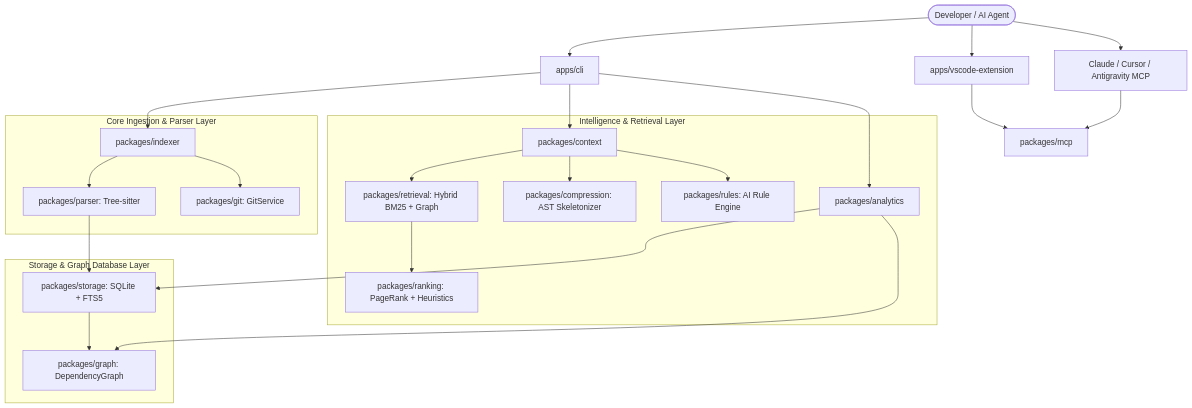
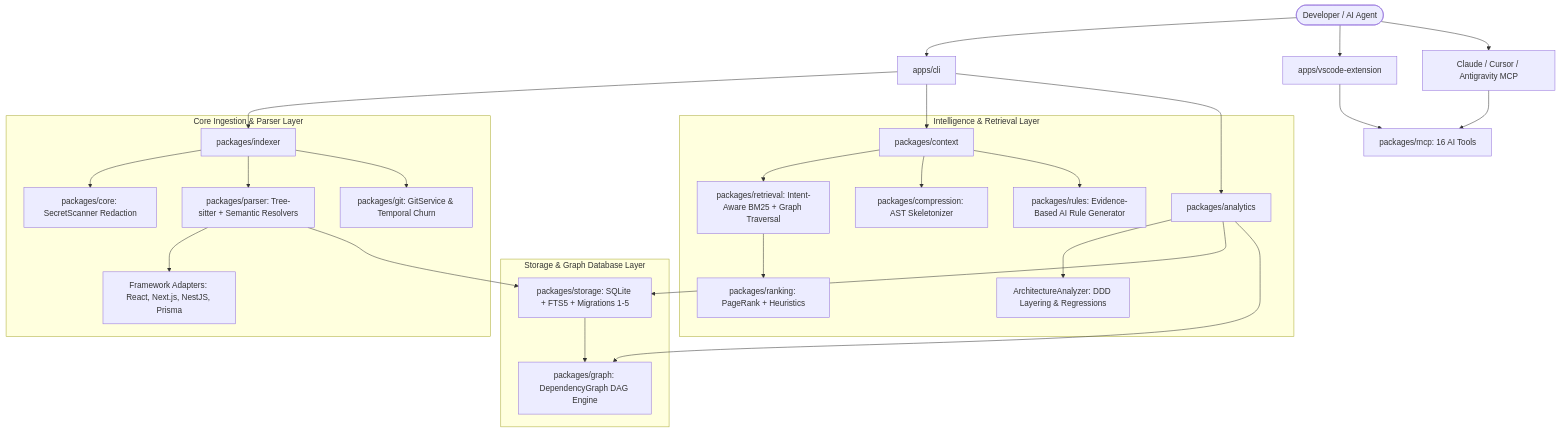
The diagram in ARCHITECTURE.md (shditz/codeatlas), drawn with Mermaid before and after one commit. The commit also changed other lines of this file and 95 other files, not shown here.

Commit message:
chore(release): v1.0.0 - Production Release, 16 MCP Tools, Framework Adapters, Security Redaction, and VS Code Extension

````diff
--- a/ARCHITECTURE.md
+++ b/ARCHITECTURE.md
@@ -13,31 +13,34 @@
 ```mermaid
 graph TD
     User([Developer / AI Agent]) --> CLI[apps/cli]
     User --> VSCode[apps/vscode-extension]
     User --> MCPClient[Claude / Cursor / Antigravity MCP]
 
-    MCPClient --> MCPServer[packages/mcp]
+    MCPClient --> MCPServer[packages/mcp: 16 AI Tools]
     CLI --> IndexerEngine[packages/indexer]
     CLI --> ContextEnginePkg[packages/context]
     CLI --> AnalyticsEngine[packages/analytics]
     VSCode --> MCPServer
 
     subgraph "Core Ingestion & Parser Layer"
-        IndexerEngine --> Parser[packages/parser: Tree-sitter]
-        IndexerEngine --> Git[packages/git: GitService]
+        IndexerEngine --> SecretScanner[packages/core: SecretScanner Redaction]
+        IndexerEngine --> Parser[packages/parser: Tree-sitter + Semantic Resolvers]
+        Parser --> FrameworkAdapters[Framework Adapters: React, Next.js, NestJS, Prisma]
+        IndexerEngine --> Git[packages/git: GitService & Temporal Churn]
     end
 
     subgraph "Storage & Graph Database Layer"
-        Parser --> Storage[packages/storage: SQLite + FTS5]
-        Storage --> Graph[packages/graph: DependencyGraph]
+        Parser --> Storage[packages/storage: SQLite + FTS5 + Migrations 1-5]
+        Storage --> Graph[packages/graph: DependencyGraph DAG Engine]
     end
 
     subgraph "Intelligence & Retrieval Layer"
+        AnalyticsEngine --> ArchitectureAnalyzer[ArchitectureAnalyzer: DDD Layering & Regressions]
         AnalyticsEngine --> Storage
         AnalyticsEngine --> Graph
-        ContextEnginePkg --> Retrieval[packages/retrieval: Hybrid BM25 + Graph]
+        ContextEnginePkg --> Retrieval[packages/retrieval: Intent-Aware BM25 + Graph Traversal]
         Retrieval --> Ranking[packages/ranking: PageRank + Heuristics]
         ContextEnginePkg --> Compression[packages/compression: AST Skeletonizer]
-        ContextEnginePkg --> Rules[packages/rules: AI Rule Engine]
+        ContextEnginePkg --> Rules[packages/rules: Evidence-Based AI Rule Generator]
     end
 ```
````
